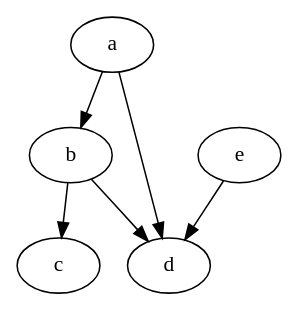
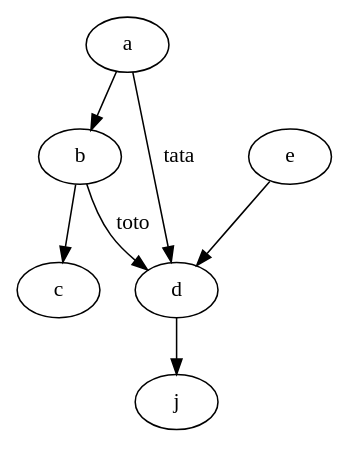
Before and after one commit to masters-info-nantes/ter-modeles: the diagram in dotFile/test.dot, drawn with Graphviz. The commit also changed 2 other files, not shown here.

Commit message:
Add import label of transition on loading dot

```diff
--- a/dotFile/test.dot
+++ b/dotFile/test.dot
@@ -1,6 +1,7 @@
  digraph mon_graphe {
 	a -> b -> c;
-	b -> d;
-	a->d;
+	b -> d[label=toto];
+	a->d[label=tata];
 	e->d;
+	d-> j;
  }
```
